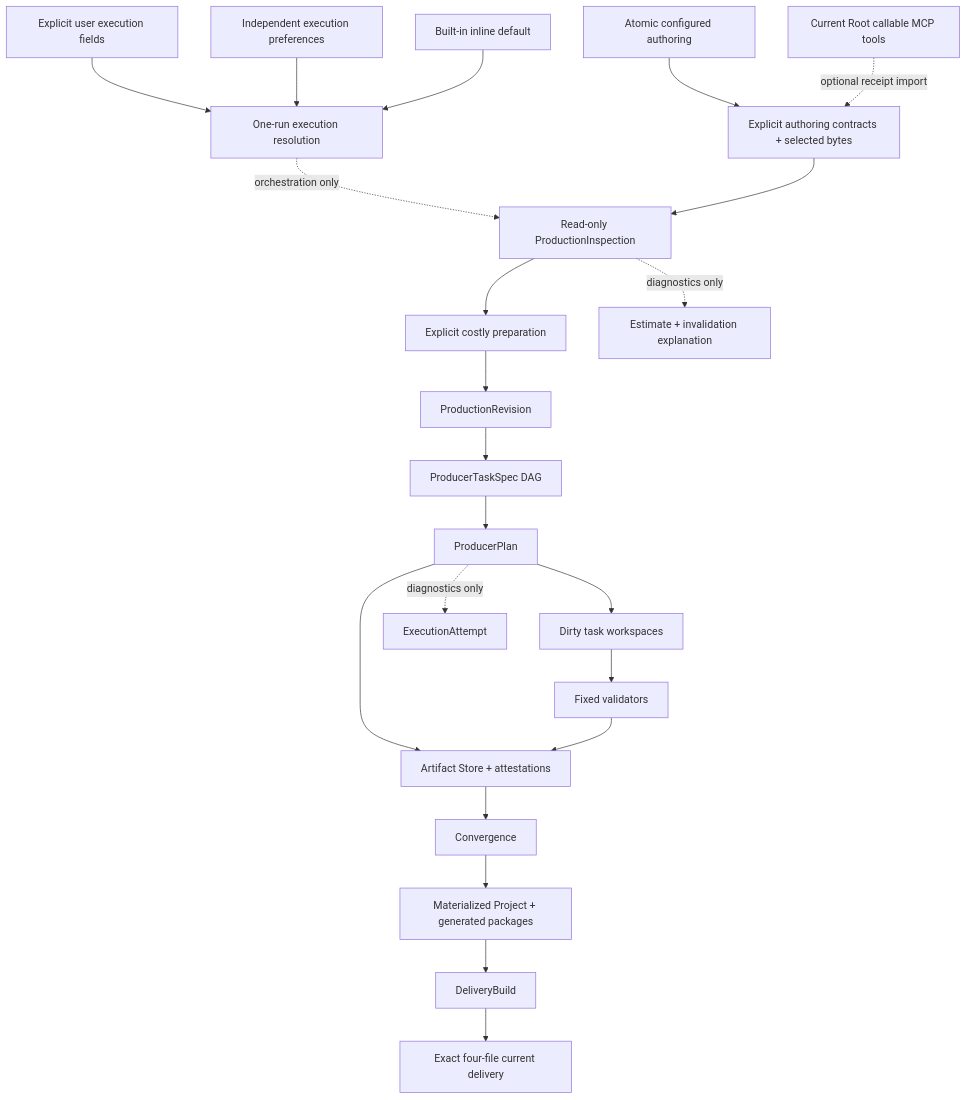
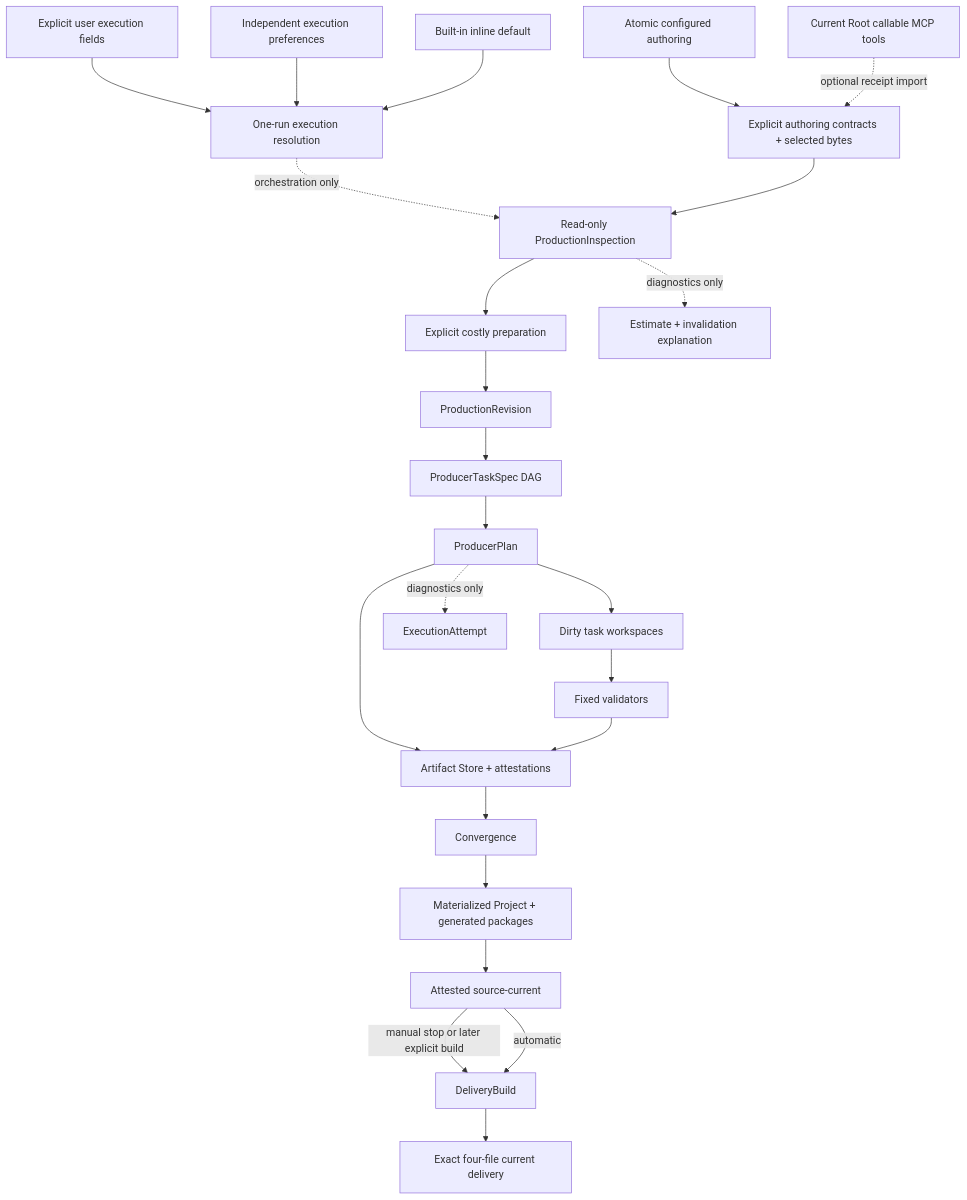
Before and after one commit to AXMORF/axmorf-studio: the diagram in docs/ARCHITECTURE.md, drawn with Mermaid. The commit also changed other lines of this file and 292 other files, not shown here.

````diff
--- a/docs/ARCHITECTURE.md
+++ b/docs/ARCHITECTURE.md
@@ -35,24 +35,26 @@
 ```mermaid
 flowchart TD
   Create[Atomic configured authoring] --> Inputs[Explicit authoring contracts + selected bytes]
   AgentTools[Current Root callable MCP tools] -. optional receipt import .-> Inputs
   Prompt[Explicit user execution fields] --> Execution[One-run execution resolution]
   Settings[Independent execution preferences] --> Execution
   Builtin[Built-in inline default] --> Execution
   Execution -. orchestration only .-> Inspection
   Inputs --> Inspection[Read-only ProductionInspection]
   Inspection --> Prepare[Explicit costly preparation]
   Prepare --> Revision[ProductionRevision]
   Revision --> Tasks[ProducerTaskSpec DAG]
   Tasks --> Plan[ProducerPlan]
   Plan --> Work[Dirty task workspaces]
   Plan --> Artifacts[Reused artifacts]
   Work --> Validator[Fixed validators]
   Validator --> Artifacts[Artifact Store + attestations]
   Artifacts --> Converge[Convergence]
   Converge --> Live[Materialized Project + generated packages]
-  Live --> Delivery[DeliveryBuild]
+  Live --> SourceCurrent[Attested source-current]
+  SourceCurrent -->|manual stop or later explicit build| Delivery[DeliveryBuild]
+  SourceCurrent -->|automatic| Delivery
   Delivery --> Current[Exact four-file current delivery]
   Inspection -. diagnostics only .-> Explanation[Estimate + invalidation explanation]
   Plan -. diagnostics only .-> Attempt[ExecutionAttempt]
 ```
````
